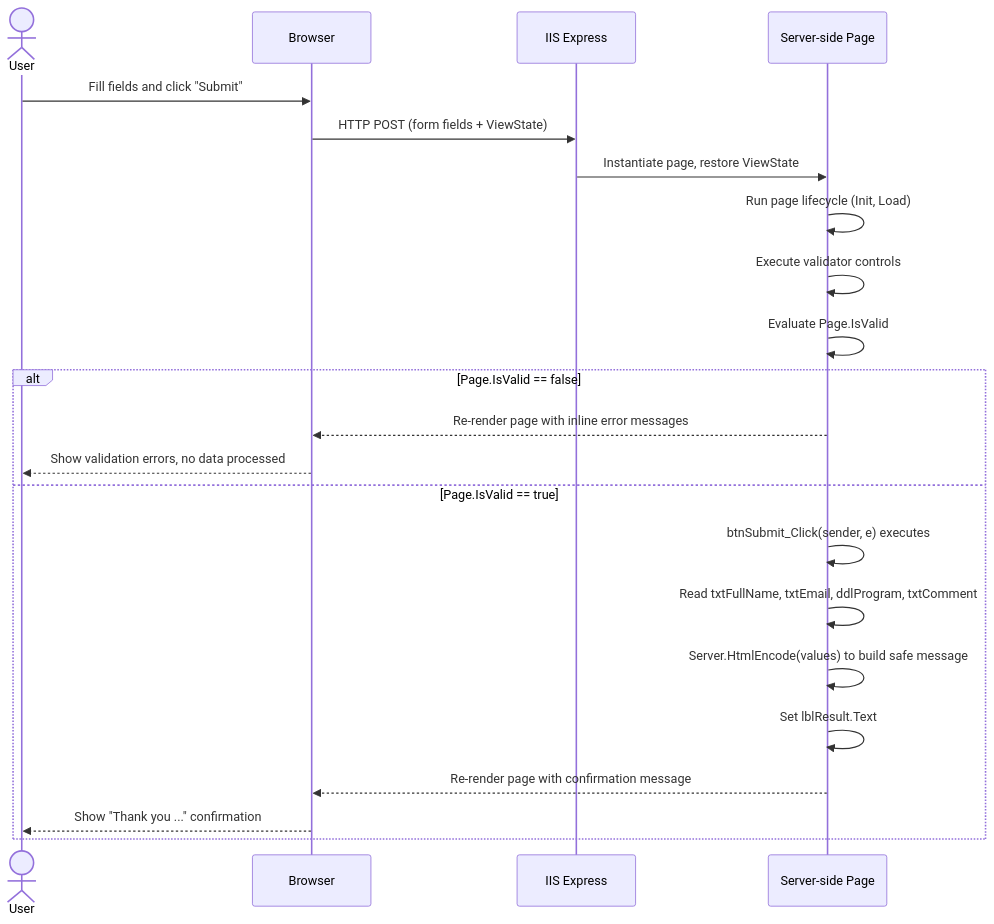
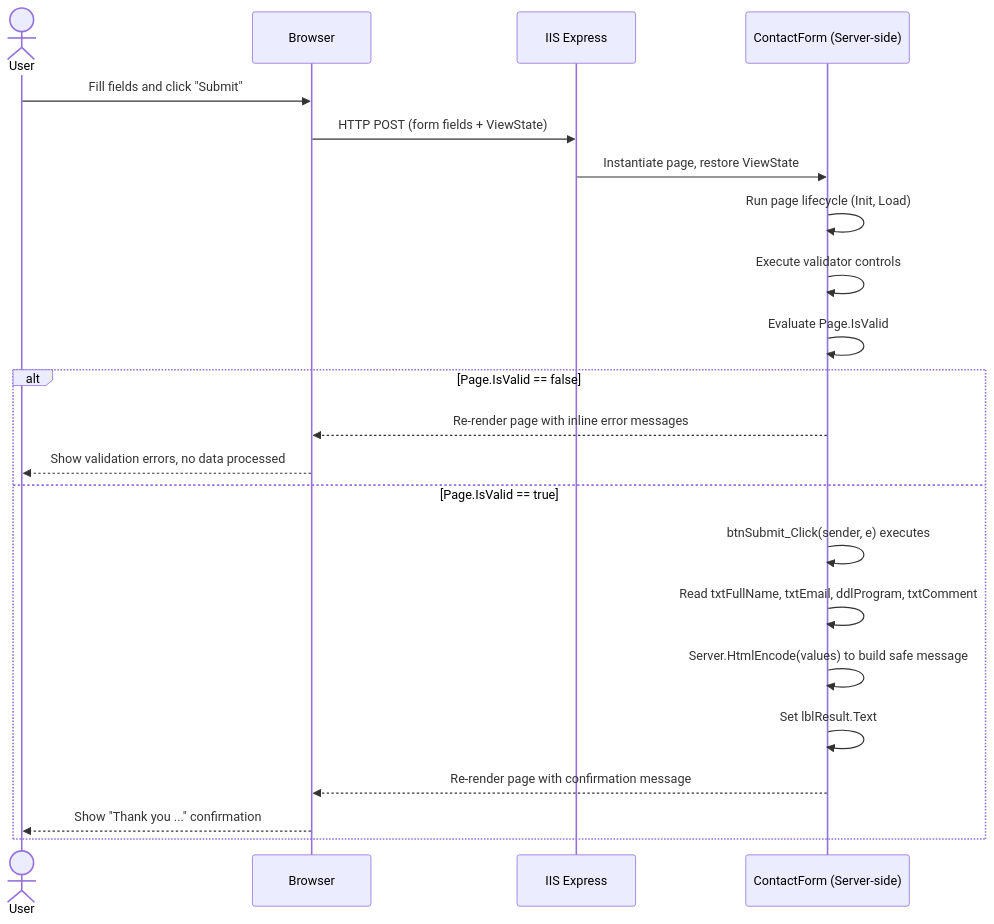
Before and after one commit to Lagmouchyoussef/aspnet-webforms-contact-form: the second of 3 diagrams in README.md, drawn with Mermaid. The commit also changed other lines of this file and 6 other files, not shown here.

````diff
--- a/README.md
+++ b/README.md
@@ -172,26 +118,26 @@
 ```mermaid
 sequenceDiagram
     actor User
     participant Browser
     participant IIS as IIS Express
-    participant Page as Server-side Page
+    participant Page as ContactForm (Server-side)
 
     User->>Browser: Fill fields and click "Submit"
     Browser->>IIS: HTTP POST (form fields + ViewState)
     IIS->>Page: Instantiate page, restore ViewState
     Page->>Page: Run page lifecycle (Init, Load)
     Page->>Page: Execute validator controls
     Page->>Page: Evaluate Page.IsValid
 
     alt Page.IsValid == false
         Page-->>Browser: Re-render page with inline error messages
         Browser-->>User: Show validation errors, no data processed
     else Page.IsValid == true
         Page->>Page: btnSubmit_Click(sender, e) executes
         Page->>Page: Read txtFullName, txtEmail, ddlProgram, txtComment
         Page->>Page: Server.HtmlEncode(values) to build safe message
         Page->>Page: Set lblResult.Text
         Page-->>Browser: Re-render page with confirmation message
         Browser-->>User: Show "Thank you ..." confirmation
     end
 ```
````
